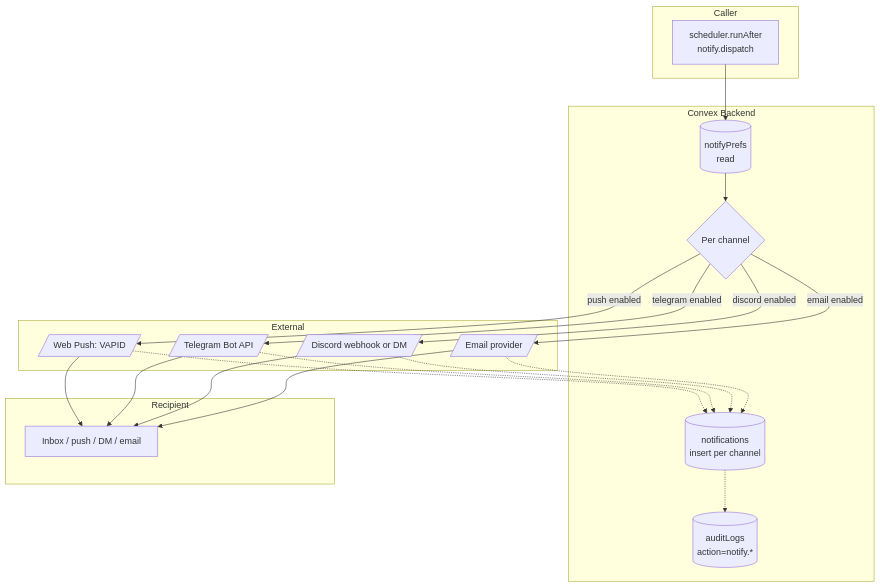
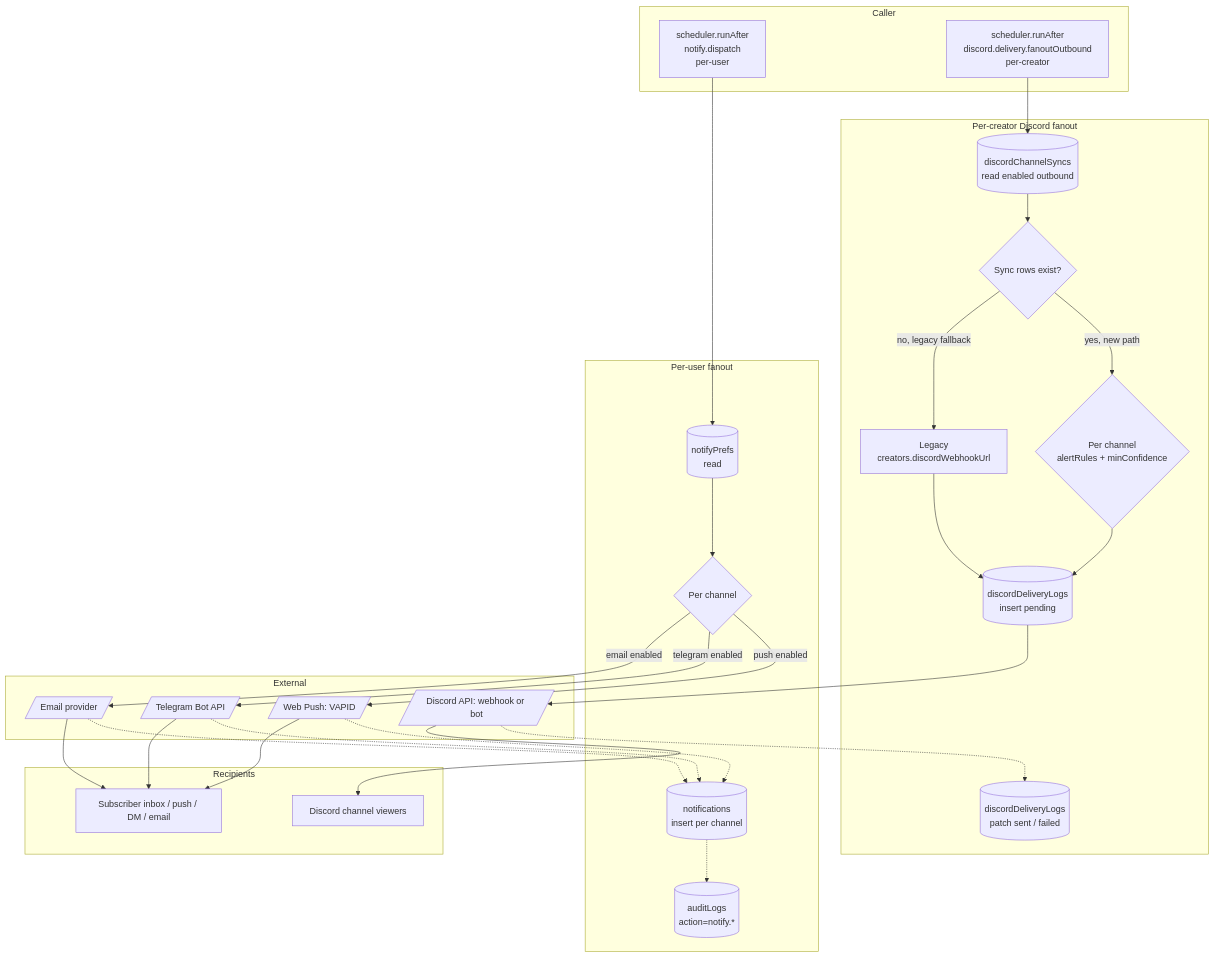
Before and after one commit to xalatechnologies/DigiPicks-v2: the diagram in docs/bpmn/BPMN-015-notification-orchestration.md, drawn with Mermaid. The commit also changed other lines of this file and 33 other files, not shown here.

````diff
--- a/docs/bpmn/BPMN-015-notification-orchestration.md
+++ b/docs/bpmn/BPMN-015-notification-orchestration.md
@@ -35,32 +80,45 @@
 ```mermaid
 flowchart TD
   subgraph CA[Caller]
-    ca1[scheduler.runAfter<br/>notify.dispatch]
+    ca1[scheduler.runAfter<br/>notify.dispatch<br/>per-user]
+    ca2[scheduler.runAfter<br/>discord.delivery.fanoutOutbound<br/>per-creator]
   end
-  subgraph K[Convex Backend]
-    k1[(notifyPrefs<br/>read)]
-    k2{Per channel}
-    k3[(notifications<br/>insert per channel)]
-    k4[(auditLogs<br/>action=notify.*)]
+  subgraph U[Per-user fanout]
+    u1[(notifyPrefs<br/>read)]
+    u2{Per channel}
+    u3[(notifications<br/>insert per channel)]
+    u4[(auditLogs<br/>action=notify.*)]
+  end
+  subgraph D[Per-creator Discord fanout]
+    d1[(discordChannelSyncs<br/>read enabled outbound)]
+    d2{Sync rows exist?}
+    d3{Per channel<br/>alertRules + minConfidence}
+    d4[Legacy<br/>creators.discordWebhookUrl]
+    d5[(discordDeliveryLogs<br/>insert pending)]
+    d6[(discordDeliveryLogs<br/>patch sent / failed)]
   end
   subgraph EXT[External]
     p1[/Web Push: VAPID/]
     p2[/Telegram Bot API/]
-    p3[/Discord webhook or DM/]
+    p3[/Discord API: webhook or bot/]
     p4[/Email provider/]
   end
-  subgraph R[Recipient]
-    r1[Inbox / push / DM / email]
+  subgraph R[Recipients]
+    r1[Subscriber inbox / push / DM / email]
+    r2[Discord channel viewers]
   end
 
-  ca1 --> k1 --> k2
-  k2 -->|push enabled| p1 -.-> k3
-  k2 -->|telegram enabled| p2 -.-> k3
-  k2 -->|discord enabled| p3 -.-> k3
-  k2 -->|email enabled| p4 -.-> k3
-  k3 -.-> k4
+  ca1 --> u1 --> u2
+  u2 -->|push enabled| p1 -.-> u3
+  u2 -->|telegram enabled| p2 -.-> u3
+  u2 -->|email enabled| p4 -.-> u3
+  u3 -.-> u4
   p1 --> r1
   p2 --> r1
-  p3 --> r1
   p4 --> r1
+
+  ca2 --> d1 --> d2
+  d2 -->|yes, new path| d3 --> d5 --> p3 -.-> d6
+  d2 -->|no, legacy fallback| d4 --> d5
+  p3 --> r2
 ```
````
